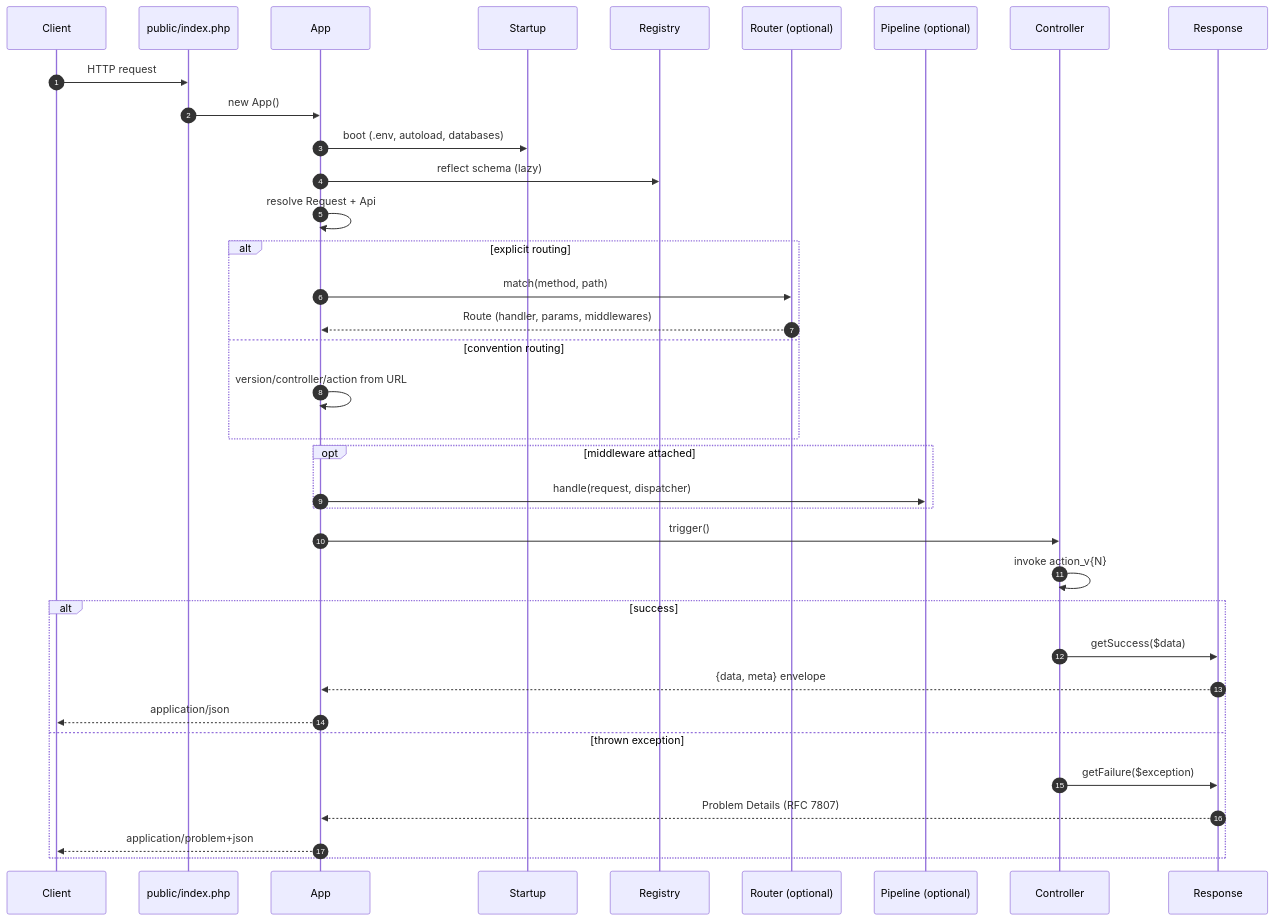
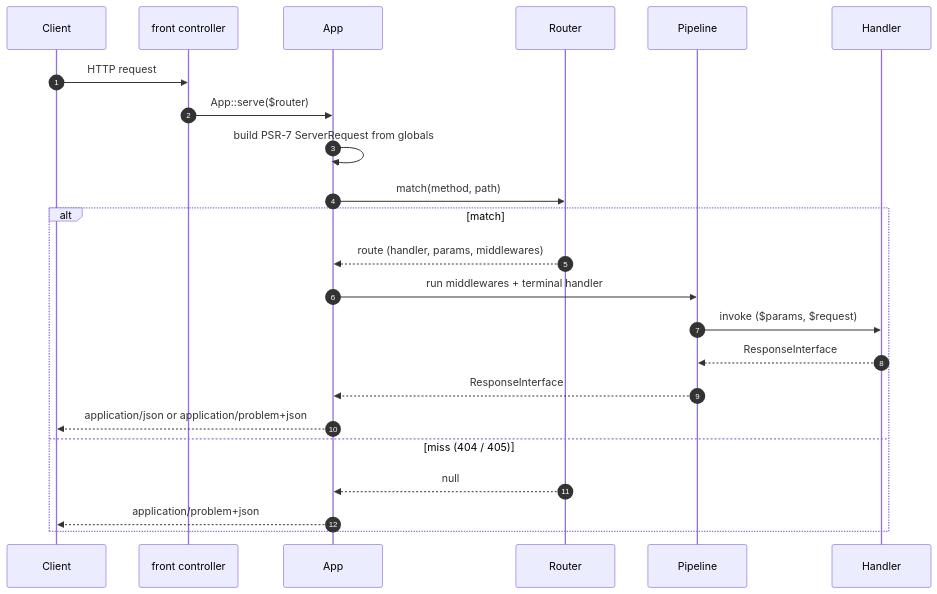
Before and after one commit to davidwyly/rxn: the diagram in docs/index.md, drawn with Mermaid. The commit also changed other lines of this file and 96 other files, not shown here.

First line of the commit message:
chore: strip convention router + legacy AR layer from core

````diff
--- a/docs/index.md
+++ b/docs/index.md
@@ -20,39 +22,26 @@
 ```mermaid
 sequenceDiagram
     autonumber
     participant Client
-    participant Index as public/index.php
+    participant Front as front controller
     participant App
-    participant Startup
-    participant Registry
-    participant Router as Router (optional)
-    participant Pipeline as Pipeline (optional)
-    participant Controller
-    participant Response
+    participant Router
+    participant Pipeline
+    participant Handler
 
-    Client->>Index: HTTP request
-    Index->>App: new App()
-    App->>Startup: boot (.env, autoload, databases)
-    App->>Registry: reflect schema (lazy)
-    App->>App: resolve Request + Api
-    alt explicit routing
-        App->>Router: match(method, path)
-        Router-->>App: Route (handler, params, middlewares)
-    else convention routing
-        App->>App: version/controller/action from URL
-    end
-    opt middleware attached
-        App->>Pipeline: handle(request, dispatcher)
-    end
-    App->>Controller: trigger()
-    Controller->>Controller: invoke action_v{N}
-    alt success
-        Controller->>Response: getSuccess($data)
-        Response-->>App: {data, meta} envelope
-        App-->>Client: application/json
-    else thrown exception
-        Controller->>Response: getFailure($exception)
-        Response-->>App: Problem Details (RFC 7807)
+    Client->>Front: HTTP request
+    Front->>App: App::serve($router)
+    App->>App: build PSR-7 ServerRequest from globals
+    App->>Router: match(method, path)
+    alt match
+        Router-->>App: route (handler, params, middlewares)
+        App->>Pipeline: run middlewares + terminal handler
+        Pipeline->>Handler: invoke ($params, $request)
+        Handler-->>Pipeline: ResponseInterface
+        Pipeline-->>App: ResponseInterface
+        App-->>Client: application/json or application/problem+json
+    else miss (404 / 405)
+        Router-->>App: null
         App-->>Client: application/problem+json
     end
 ```
````
